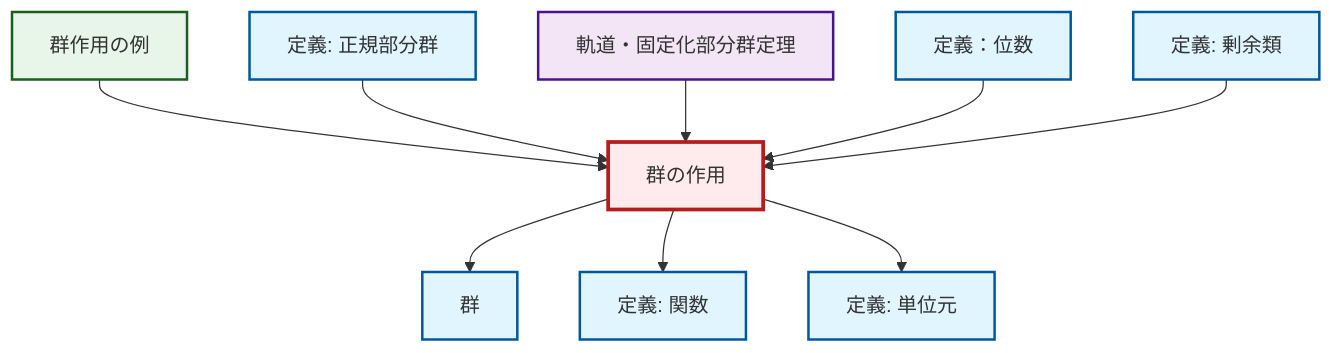
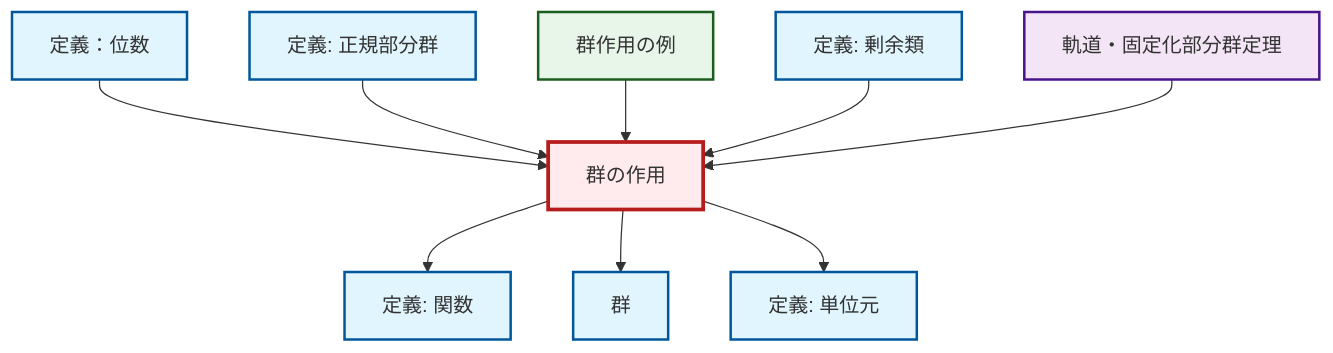
One commit to RK0429/ModernMath changed the diagram in content/ja/algebra/def-group-action.qmd. Above: the diagram before and after it, drawn with Mermaid. The commit also changed other lines of this file and 1012 other files, not shown here.

````diff
--- a/content/ja/algebra/def-group-action.qmd
+++ b/content/ja/algebra/def-group-action.qmd
@@ -62,35 +62,35 @@
 ```{mermaid}
 %%| fig-cap: "Local dependency graph"
 graph TD
     classDef definition fill:#e1f5fe,stroke:#01579b,stroke-width:2px
     classDef theorem fill:#f3e5f5,stroke:#4a148c,stroke-width:2px
     classDef axiom fill:#fff3e0,stroke:#e65100,stroke-width:2px
     classDef example fill:#e8f5e9,stroke:#1b5e20,stroke-width:2px
     classDef current fill:#ffebee,stroke:#b71c1c,stroke-width:3px
+    def-identity-element["定義: 単位元"]:::definition
+    thm-orbit-stabilizer["軌道・固定化部分群定理"]:::theorem
+    def-order["定義：位数"]:::definition
+    def-group-action["群の作用"]:::definition
+    def-normal-subgroup["定義: 正規部分群"]:::definition
     def-function["定義: 関数"]:::definition
-    thm-orbit-stabilizer["軌道・固定化部分群定理"]:::theorem
-    def-normal-subgroup["定義: 正規部分群"]:::definition
-    def-order["定義：位数"]:::definition
+    def-coset["定義: 剰余類"]:::definition
     ex-group-action-examples["群作用の例"]:::example
-    def-identity-element["定義: 単位元"]:::definition
-    def-coset["定義: 剰余類"]:::definition
-    def-group-action["群の作用"]:::definition
     def-group["群"]:::definition
-    ex-group-action-examples --> def-group-action
-    def-normal-subgroup --> def-group-action
-    thm-orbit-stabilizer --> def-group-action
-    def-group-action --> def-group
     def-group-action --> def-function
     def-order --> def-group-action
+    def-normal-subgroup --> def-group-action
+    ex-group-action-examples --> def-group-action
+    def-group-action --> def-group
+    def-coset --> def-group-action
+    thm-orbit-stabilizer --> def-group-action
     def-group-action --> def-identity-element
-    def-coset --> def-group-action
     class def-group-action current
+    click def-identity-element "def-identity-element.html" "単位元の定義へ"
+    click thm-orbit-stabilizer "thm-orbit-stabilizer.html" "軌道・固定化部分群定理へ"
+    click def-order "def-order.html" "定義：位数へ"
+    click def-normal-subgroup "def-normal-subgroup.html" "正規部分群の定義へ"
     click def-function "def-function.html" "関数の定義へ"
-    click thm-orbit-stabilizer "thm-orbit-stabilizer.html" "軌道・固定化部分群定理へ"
-    click def-normal-subgroup "def-normal-subgroup.html" "正規部分群の定義へ"
-    click def-order "def-order.html" "定義：位数へ"
+    click def-coset "def-coset.html" "剰余類の定義へ"
     click ex-group-action-examples "ex-group-action-examples.html" "群作用の例へ"
-    click def-identity-element "def-identity-element.html" "単位元の定義へ"
-    click def-coset "def-coset.html" "剰余類の定義へ"
     click def-group "def-group.html" "群へ"
 ```
````
